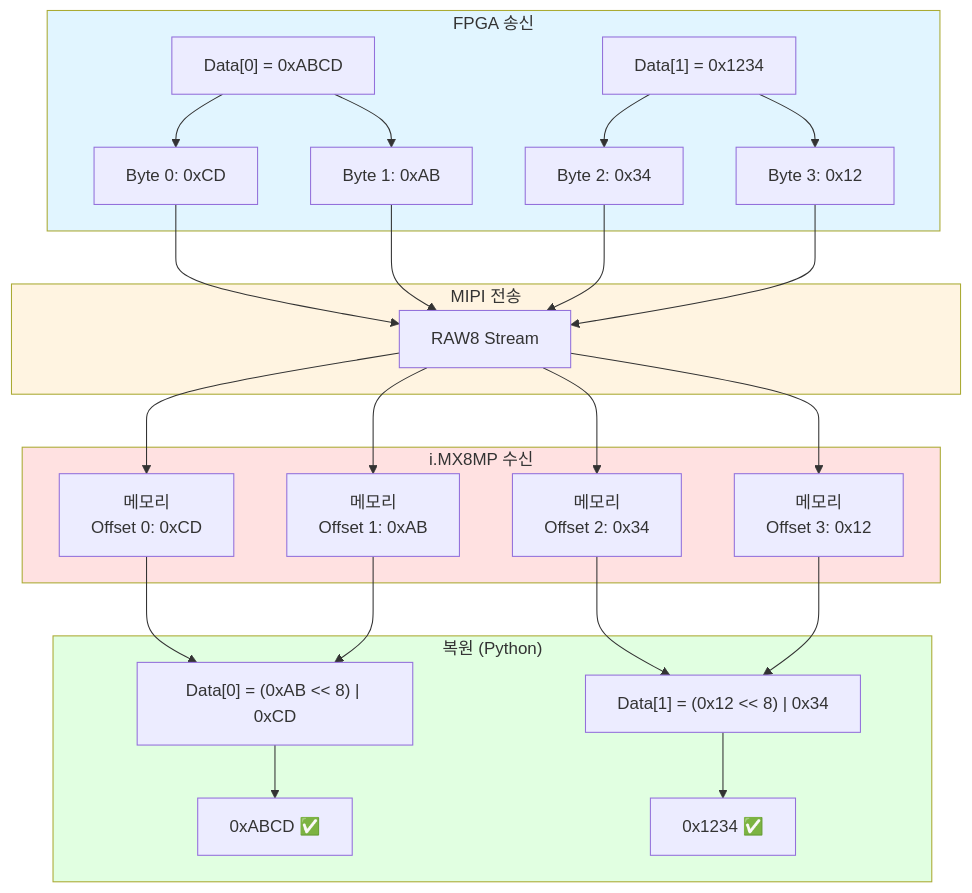
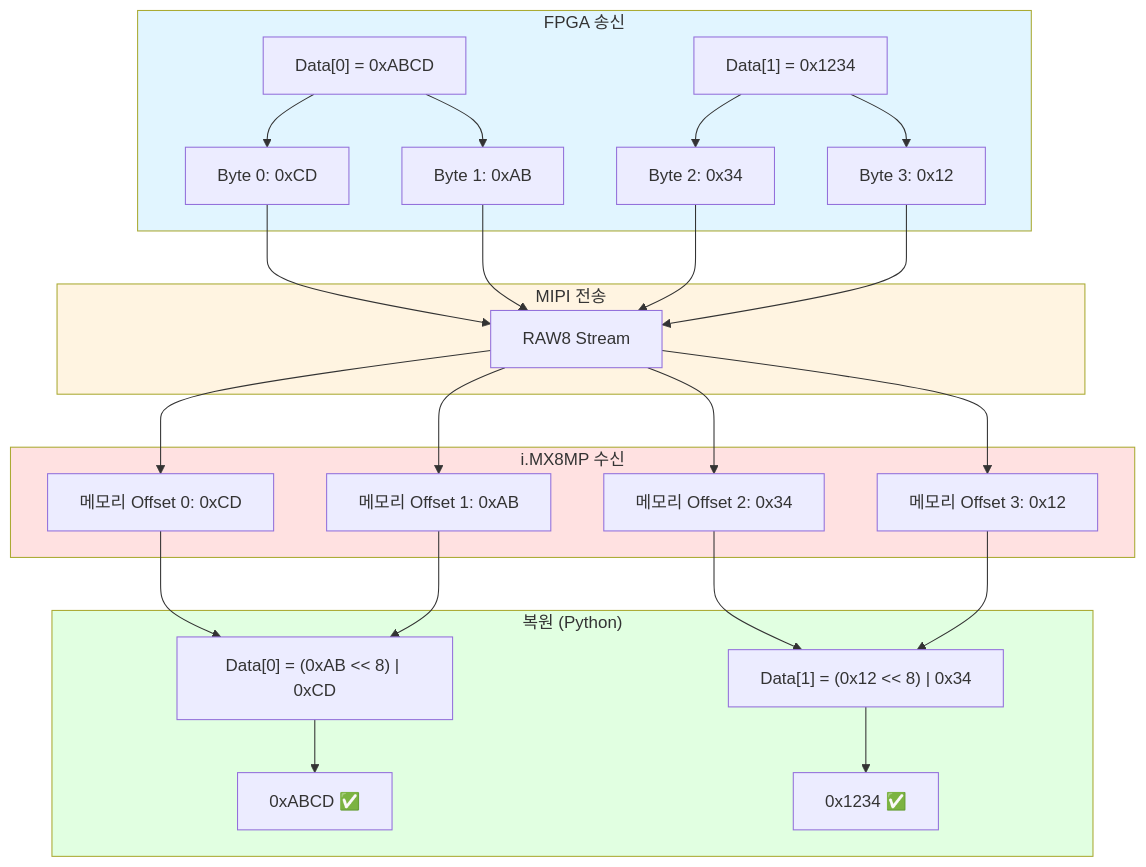
Before and after one commit to hnabyz-bot/fpga-imx8mp: the seventh of 10 diagrams in agent-guide/system-flow-diagram.md, drawn with Mermaid. The commit also changed other lines of this file, not shown here.

Commit message:
Fix all HTML br tags in system-flow-diagram.md for GitHub Mermaid compatibility

````diff
--- a/agent-guide/system-flow-diagram.md
+++ b/agent-guide/system-flow-diagram.md
@@ -209,39 +209,39 @@
 ```mermaid
 graph TB
     subgraph FPGA["FPGA 송신"]
         A1["Data[0] = 0xABCD"]
         A2["Data[1] = 0x1234"]
         A1 --> B1["Byte 0: 0xCD"]
         A1 --> B2["Byte 1: 0xAB"]
         A2 --> B3["Byte 2: 0x34"]
         A2 --> B4["Byte 3: 0x12"]
     end
     
     subgraph MIPI["MIPI 전송"]
         B1 --> C1[RAW8 Stream]
         B2 --> C1
         B3 --> C1
         B4 --> C1
     end
     
     subgraph iMX8MP["i.MX8MP 수신"]
-        C1 --> D1["메모리<br/>Offset 0: 0xCD"]
-        C1 --> D2["메모리<br/>Offset 1: 0xAB"]
-        C1 --> D3["메모리<br/>Offset 2: 0x34"]
-        C1 --> D4["메모리<br/>Offset 3: 0x12"]
+        C1 --> D1["메모리 Offset 0: 0xCD"]
+        C1 --> D2["메모리 Offset 1: 0xAB"]
+        C1 --> D3["메모리 Offset 2: 0x34"]
+        C1 --> D4["메모리 Offset 3: 0x12"]
     end
     
     subgraph Restore["복원 (Python)"]
         D1 --> E1["Data[0] = (0xAB << 8) | 0xCD"]
         D2 --> E1
         D3 --> E2["Data[1] = (0x12 << 8) | 0x34"]
         D4 --> E2
         E1 --> F1["0xABCD ✅"]
         E2 --> F2["0x1234 ✅"]
     end
     
     style FPGA fill:#e1f5ff
     style MIPI fill:#fff4e1
     style iMX8MP fill:#ffe1e1
     style Restore fill:#e1ffe1
 ```
````
